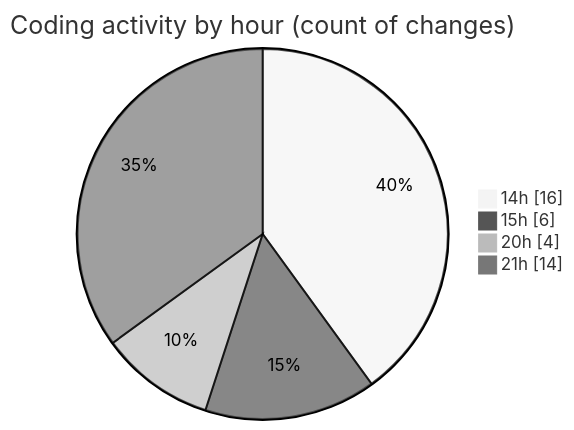
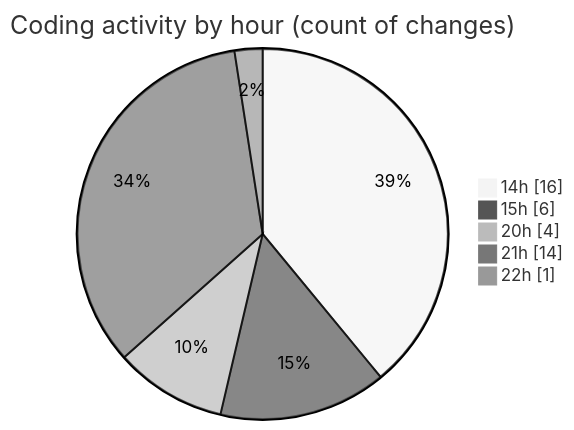
One commit to momahboobian/code-tracking changed the second of 2 diagrams in 2026-09-18/video-downloader/README.md. Above: the diagram before and after it, drawn with Mermaid (neutral theme). The commit also changed other lines of this file and 1 other file, not shown here.

````diff
--- a/2026-09-18/video-downloader/README.md
+++ b/2026-09-18/video-downloader/README.md
@@ -36,8 +36,9 @@
 ```mermaid
 pie showData
 title Coding activity by hour (count of changes)
 "14h" : 16
 "15h" : 6
 "20h" : 4
 "21h" : 14
+"22h" : 1
 ```
````
